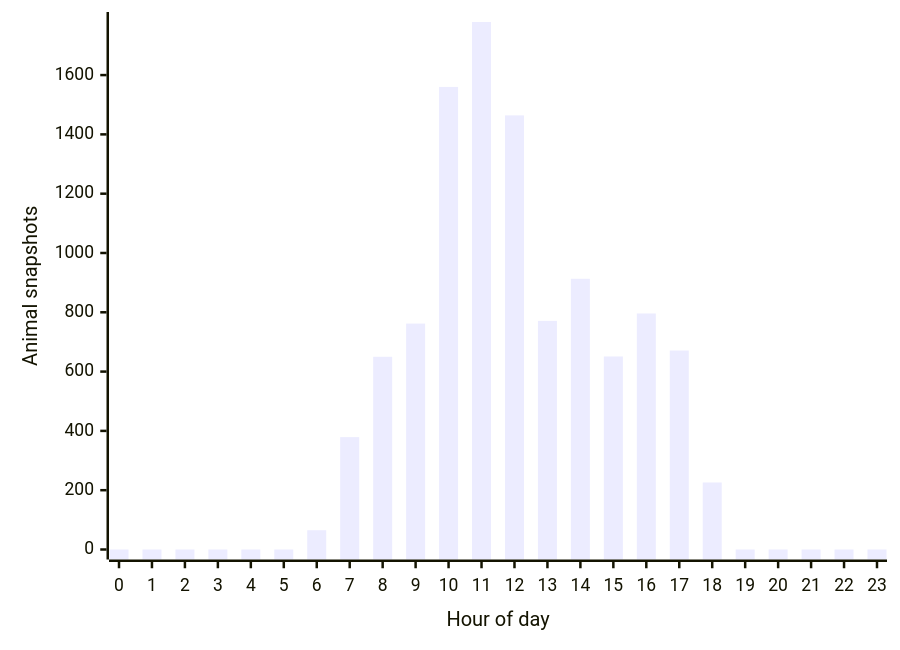
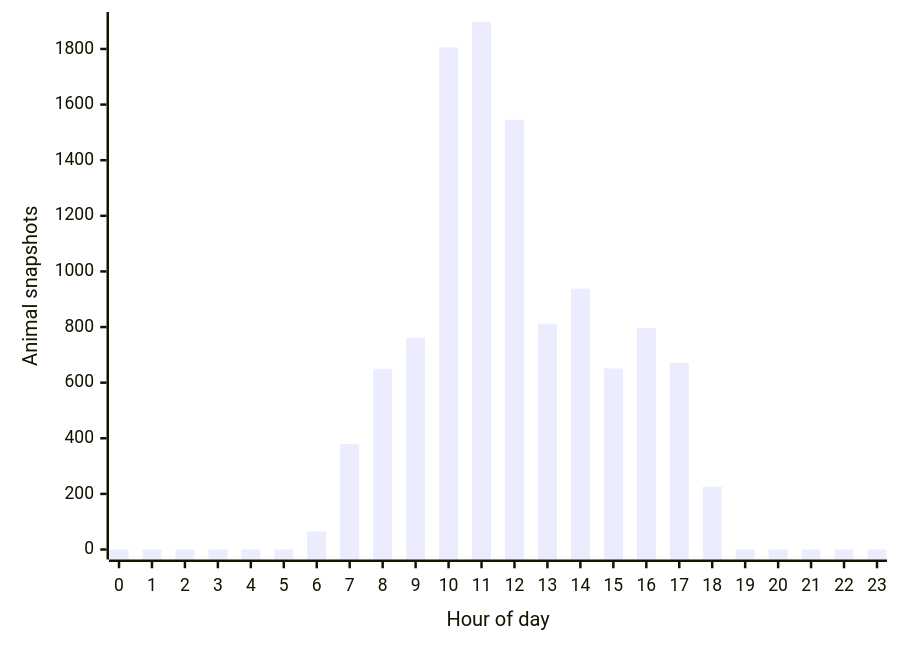
One commit to joshuafrommeyer-35/PierTracker changed the second of 3 diagrams in README.md. Above: the diagram before and after it, drawn with Mermaid. The commit also changed other lines of this file and 7 other files, not shown here.

````diff
--- a/README.md
+++ b/README.md
@@ -147,6 +147,6 @@
 ```mermaid
 xychart-beta
     x-axis "Hour of day" [0, 1, 2, 3, 4, 5, 6, 7, 8, 9, 10, 11, 12, 13, 14, 15, 16, 17, 18, 19, 20, 21, 22, 23]
     y-axis "Animal snapshots"
-    bar [0, 0, 0, 0, 0, 0, 65, 379, 650, 762, 1560, 1779, 1464, 771, 913, 651, 796, 671, 226, 0, 0, 0, 0, 0]
+    bar [0, 0, 0, 0, 0, 0, 65, 379, 650, 762, 1806, 1897, 1545, 812, 938, 651, 796, 671, 226, 0, 0, 0, 0, 0]
 ```
````
